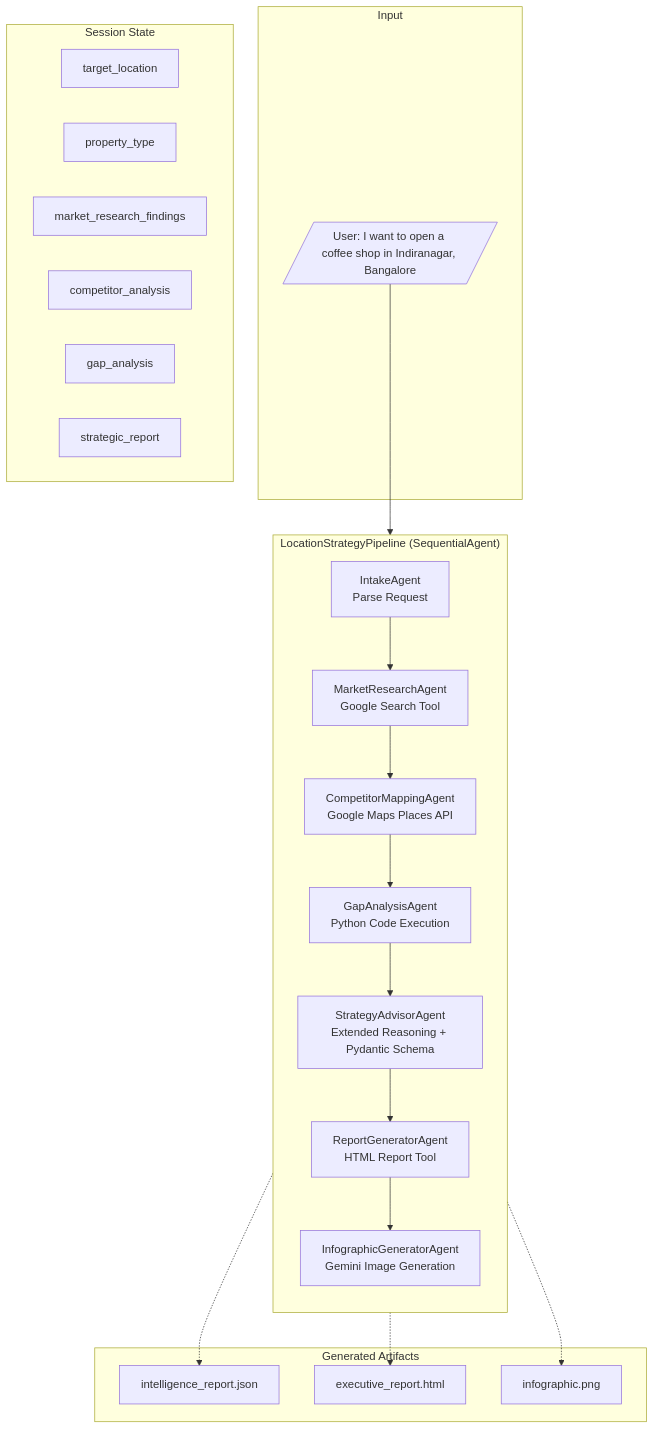
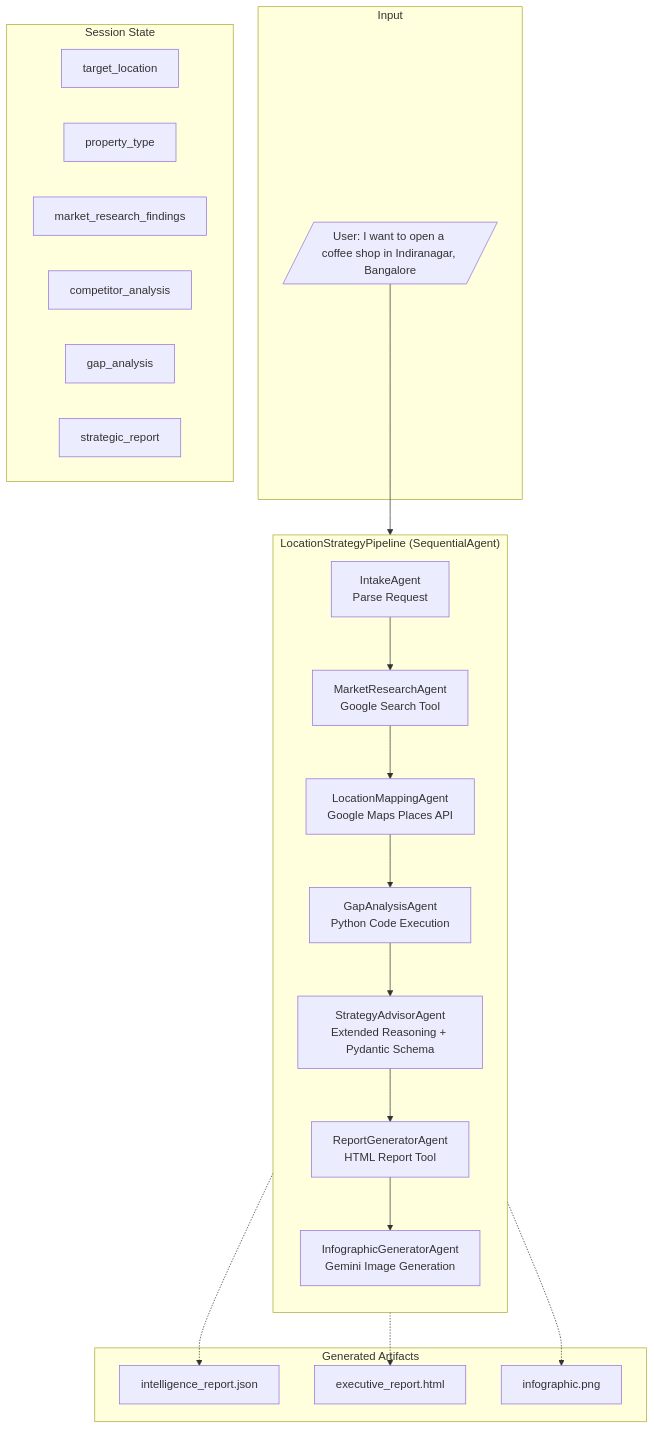
The diagram in DEVELOPER_GUIDE.md (kepungnzai/property-purchase-strategy-agent), drawn with Mermaid before and after one commit. The commit also changed other lines of this file and 7 other files, not shown here.

````diff
--- a/DEVELOPER_GUIDE.md
+++ b/DEVELOPER_GUIDE.md
@@ -61,39 +61,39 @@
 ```mermaid
 flowchart TB
     subgraph Input
         U[/"User: I want to open a coffee shop in Indiranagar, Bangalore"/]
     end
 
     subgraph Pipeline["LocationStrategyPipeline (SequentialAgent)"]
         direction TB
         A0["IntakeAgent<br/>Parse Request"]
         A1["MarketResearchAgent<br/>Google Search Tool"]
-        A2["CompetitorMappingAgent<br/>Google Maps Places API"]
+        A2["LocationMappingAgent<br/>Google Maps Places API"]
         A3["GapAnalysisAgent<br/>Python Code Execution"]
         A4["StrategyAdvisorAgent<br/>Extended Reasoning + Pydantic Schema"]
         A5["ReportGeneratorAgent<br/>HTML Report Tool"]
         A6["InfographicGeneratorAgent<br/>Gemini Image Generation"]
 
         A0 --> A1 --> A2 --> A3 --> A4 --> A5 --> A6
     end
 
     subgraph State["Session State"]
         S1["target_location"]
         S2["property_type"]
         S3["market_research_findings"]
         S4["competitor_analysis"]
         S5["gap_analysis"]
         S6["strategic_report"]
     end
 
     subgraph Artifacts["Generated Artifacts"]
         O1["intelligence_report.json"]
         O2["executive_report.html"]
         O3["infographic.png"]
     end
 
     U --> A0
     A4 -.-> O1
     A5 -.-> O2
     A6 -.-> O3
 ```
````
